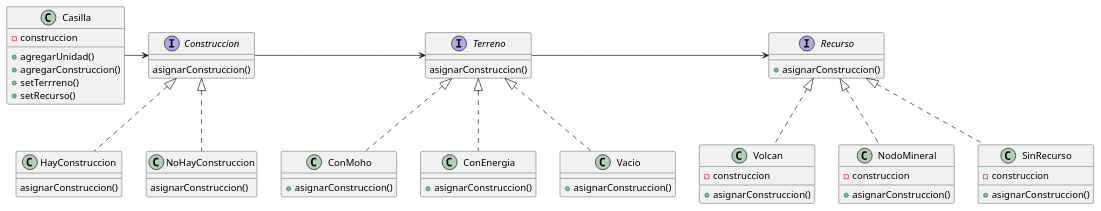
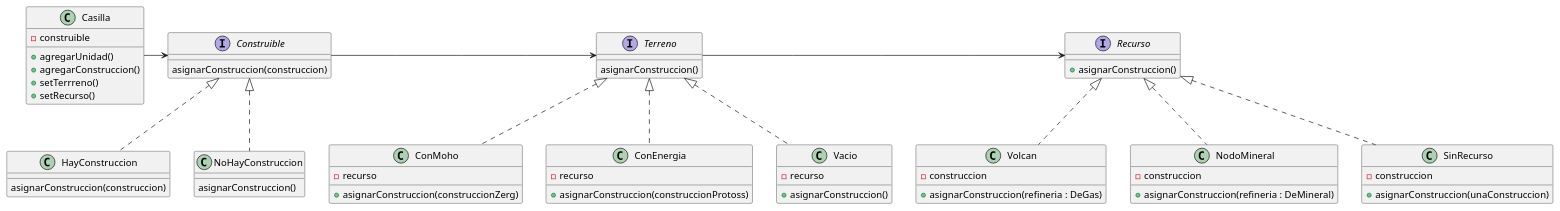
The diagram in diagrams/classes/Modelo3/ModeloCasilla.puml (GiaWong/Algo3_TP2_2C2022), drawn with PlantUML before and after one commit.

Commit message:
Actualizacion del modelo de Unidades y posible cambio de Casilla.

```diff
--- a/diagrams/classes/Modelo3/ModeloCasilla.puml
+++ b/diagrams/classes/Modelo3/ModeloCasilla.puml
@@ -1,74 +1,77 @@
 @startuml
 'https://plantuml.com/class-diagram
 
 class Casilla {
-    - construccion
+    - construible
 
     + agregarUnidad()
     + agregarConstruccion()
     + setTerrreno()
     + setRecurso()
 }
 
-interface Construccion {
-    asignarConstruccion()
+interface Construible {
+    asignarConstruccion(construccion)
 }
 
 class HayConstruccion {
-    asignarConstruccion()
+    asignarConstruccion(construccion)
 }
 
 class NoHayConstruccion {
     asignarConstruccion()
 }
 
 interface Terreno {
     asignarConstruccion()
 }
 
 class ConMoho {
-    +asignarConstruccion()
+    -recurso
+    +asignarConstruccion(construccionZerg)
 }
 
 class ConEnergia {
-    +asignarConstruccion()
+    -recurso
+    +asignarConstruccion(construccionProtoss)
 }
 
 class Vacio {
+    -recurso
     +asignarConstruccion()
 }
 
 interface Recurso {
     +asignarConstruccion()
 }
 
 class Volcan {
     -construccion
-    +asignarConstruccion()
+    +asignarConstruccion(refineria : DeGas)
 }
 
 class NodoMineral {
     -construccion
-    +asignarConstruccion()
+    +asignarConstruccion(refineria : DeMineral)
 }
 
 class SinRecurso {
     -construccion
-    +asignarConstruccion()
+    +asignarConstruccion(unaConstruccion)
 }
 
-Casilla -> Construccion
-Construccion <|.. HayConstruccion
-Construccion <|.. NoHayConstruccion
+Casilla -> Construible
+Construible <|.. HayConstruccion
+Construible <|.. NoHayConstruccion
 
-Construccion -> Terreno
+Construible -> Terreno
 Terreno <|.. ConEnergia
 Terreno <|.. ConMoho
 Terreno <|.. Vacio
 
 Terreno -> Recurso
 Recurso <|.. Volcan
 Recurso <|.. NodoMineral
 Recurso <|.. SinRecurso
 
 @enduml
```
